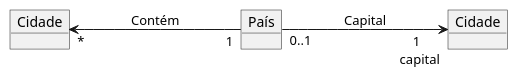
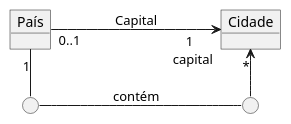
The diagram in Imagens/modelos-01/imagem-07/mod01ima07.plantuml (kyriosdata/oo), drawn with PlantUML before and after one commit. The commit also changed 15 other files, not shown here.

```diff
--- a/Imagens/modelos-01/imagem-07/mod01ima07.plantuml
+++ b/Imagens/modelos-01/imagem-07/mod01ima07.plantuml
@@ -1,8 +1,11 @@
 @startuml mod01ima07
 object "País" as pa
 object "Cidade" as ci
-object "Cidade" as ca
+circle " " as p1
+circle " "  as p2
 left to right direction
-pa"0..1"--->"1 \n capital"ca: "Capital"
-ci"*" <--- "1"pa: "Contém" 
+pa"0..1"--->"1 \n capital"ci: "Capital"
+pa "1" --right- p1
+p1 --- p2 : contém
+p2 --left->"*"ci
 @enduml
```
